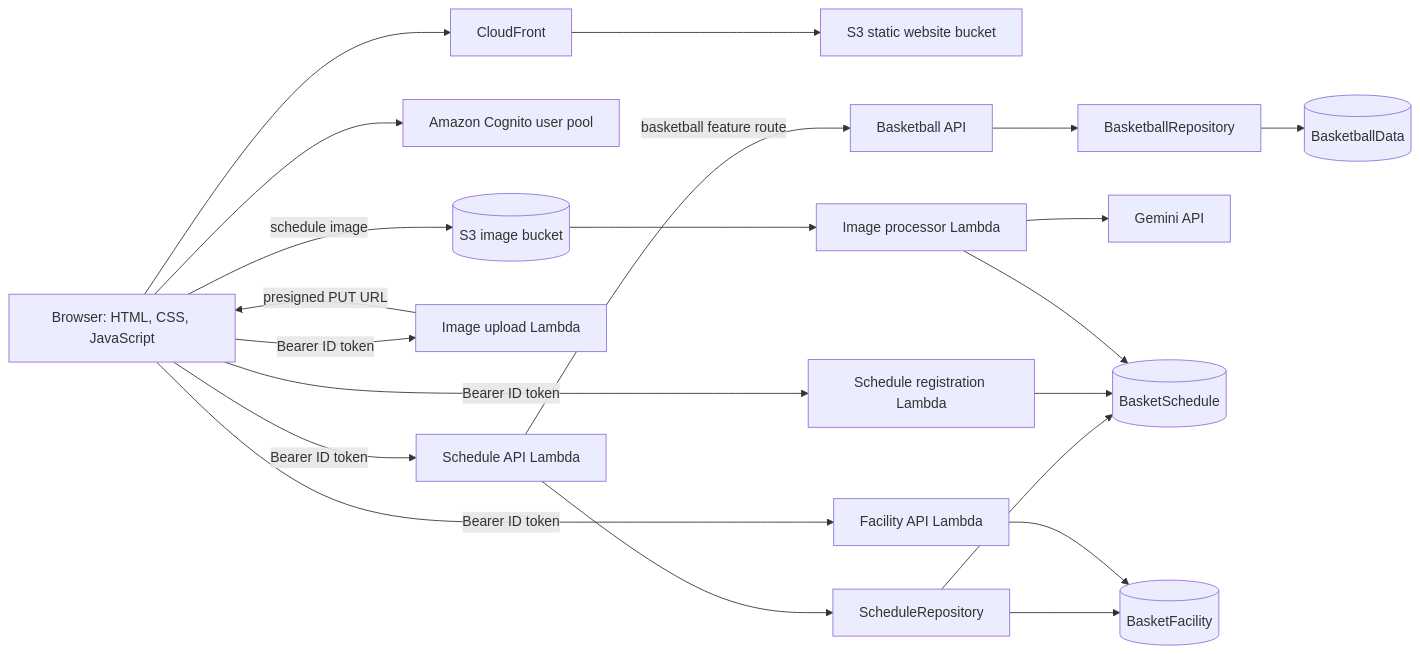
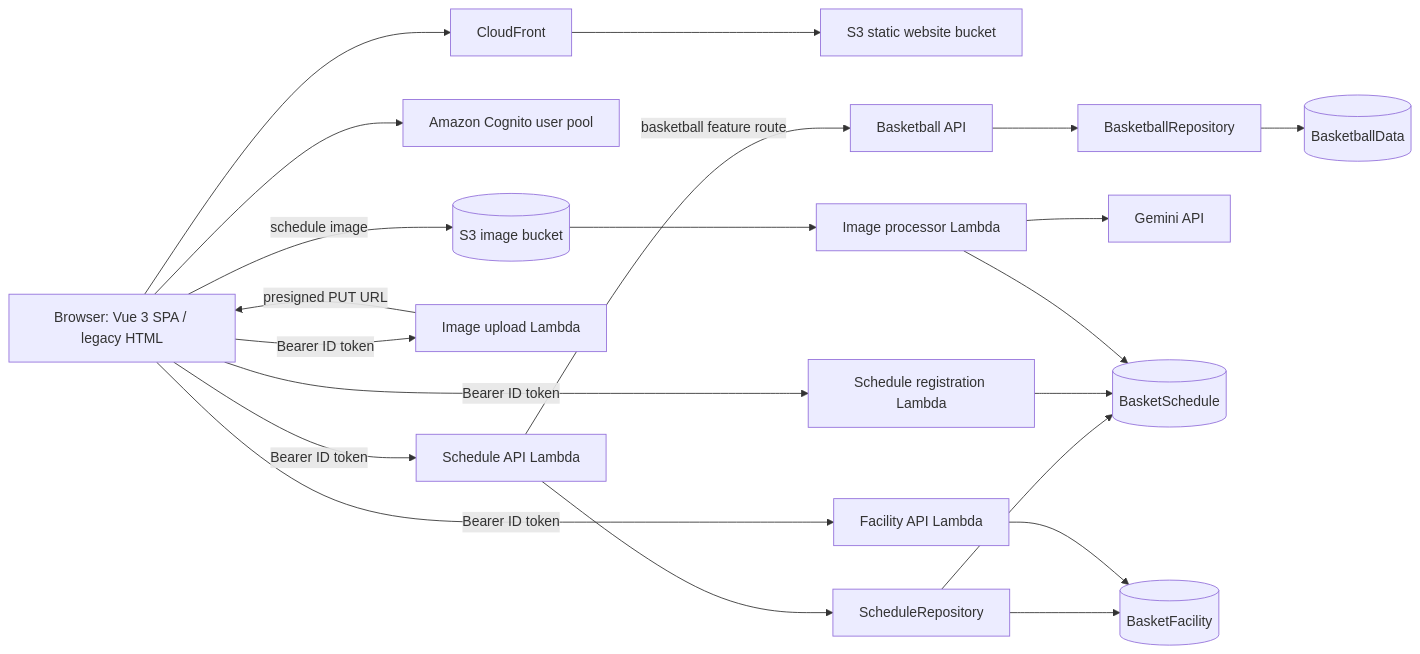
One commit to leonard002-sas/basket-schedule-app-lambda changed the first of 2 diagrams in docs/architecture.md. Above: the diagram before and after it, drawn with Mermaid. The commit also changed other lines of this file and 37 other files, not shown here.

Commit message:
feat: add Vue SPA workspace

````diff
--- a/docs/architecture.md
+++ b/docs/architecture.md
@@ -7,38 +7,38 @@
 ```mermaid
 flowchart LR
-    Browser[Browser: HTML, CSS, JavaScript]
+    Browser[Browser: Vue 3 SPA / legacy HTML]
     CDN[CloudFront]
     Web[S3 static website bucket]
     Cognito[Amazon Cognito user pool]
     Schedule[Schedule API Lambda]
     ScheduleRepository[ScheduleRepository]
     Basketball[Basketball API]
     BasketballRepository[BasketballRepository]
     Register[Schedule registration Lambda]
     Facility[Facility API Lambda]
     Upload[Image upload Lambda]
     Processor[Image processor Lambda]
     Gemini[Gemini API]
     ScheduleTable[(BasketSchedule)]
     FacilityTable[(BasketFacility)]
     BasketballTable[(BasketballData)]
     ImageBucket[(S3 image bucket)]
 
     Browser --> CDN --> Web
     Browser --> Cognito
     Browser -->|Bearer ID token| Schedule
     Browser -->|Bearer ID token| Register
     Browser -->|Bearer ID token| Facility
     Browser -->|Bearer ID token| Upload
     Schedule --> ScheduleRepository --> ScheduleTable
     ScheduleRepository --> FacilityTable
     Schedule -->|basketball feature route| Basketball
     Basketball --> BasketballRepository --> BasketballTable
     Register --> ScheduleTable
     Facility --> FacilityTable
     Upload -->|presigned PUT URL| Browser
     Browser -->|schedule image| ImageBucket
     ImageBucket --> Processor
     Processor --> Gemini
     Processor --> ScheduleTable
 ```
````
